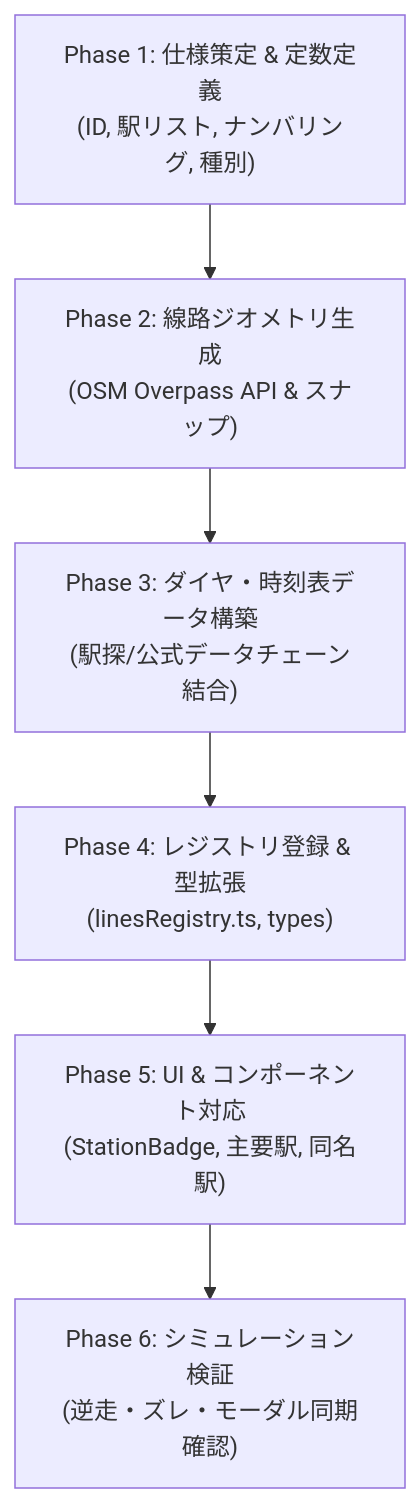
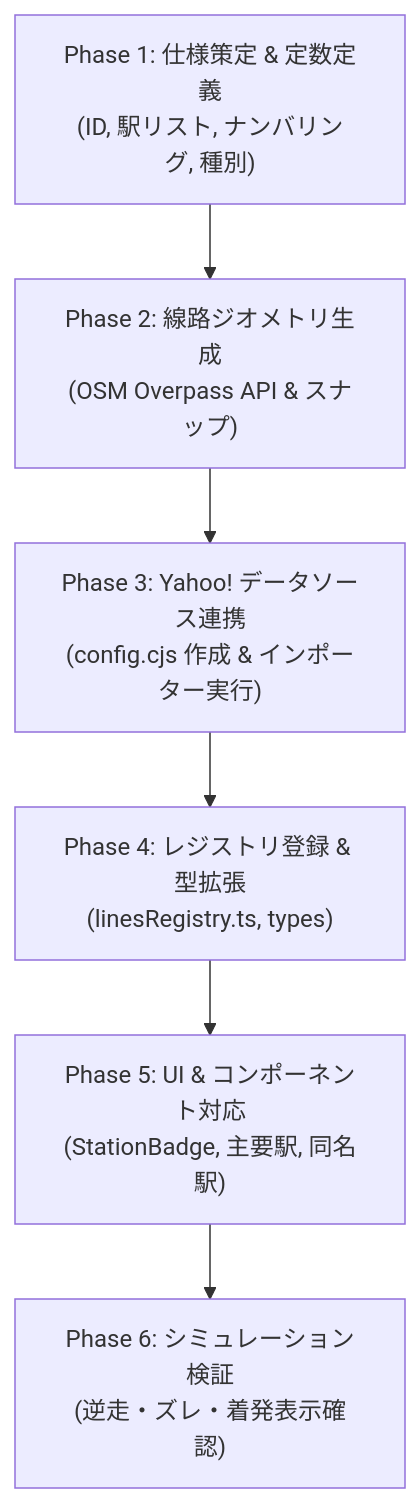
One commit to GenbuHase/Trainfo changed the diagram in docs/ROUTE_EXPANSION_PLAYBOOK.md. Above: the diagram before and after it, drawn with Mermaid. The commit also changed other lines of this file and 6 other files, not shown here.

````diff
--- a/docs/ROUTE_EXPANSION_PLAYBOOK.md
+++ b/docs/ROUTE_EXPANSION_PLAYBOOK.md
@@ -36,8 +50,8 @@
 ```mermaid
 flowchart TD
     P1["Phase 1: 仕様策定 & 定数定義<br/>(ID, 駅リスト, ナンバリング, 種別)"] --> P2["Phase 2: 線路ジオメトリ生成<br/>(OSM Overpass API & スナップ)"]
-    P2 --> P3["Phase 3: ダイヤ・時刻表データ構築<br/>(駅探/公式データチェーン結合)"]
+    P2 --> P3["Phase 3: Yahoo! データソース連携<br/>(config.cjs 作成 & インポーター実行)"]
     P3 --> P4["Phase 4: レジストリ登録 & 型拡張<br/>(linesRegistry.ts, types)"]
     P4 --> P5["Phase 5: UI & コンポーネント対応<br/>(StationBadge, 主要駅, 同名駅)"]
-    P5 --> P6["Phase 6: シミュレーション検証<br/>(逆走・ズレ・モーダル同期確認)"]
+    P5 --> P6["Phase 6: シミュレーション検証<br/>(逆走・ズレ・着発表示確認)"]
 ```
````
